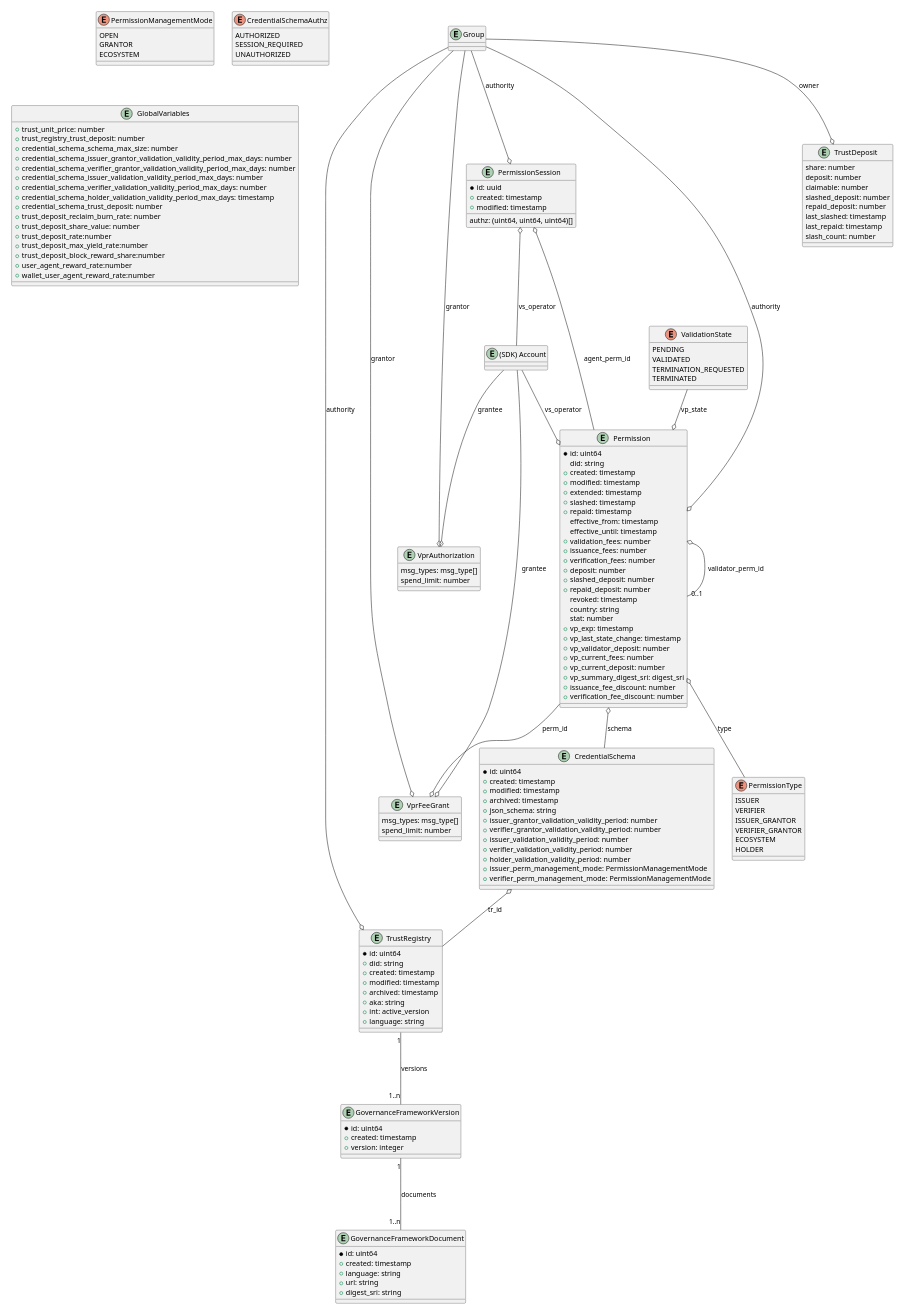
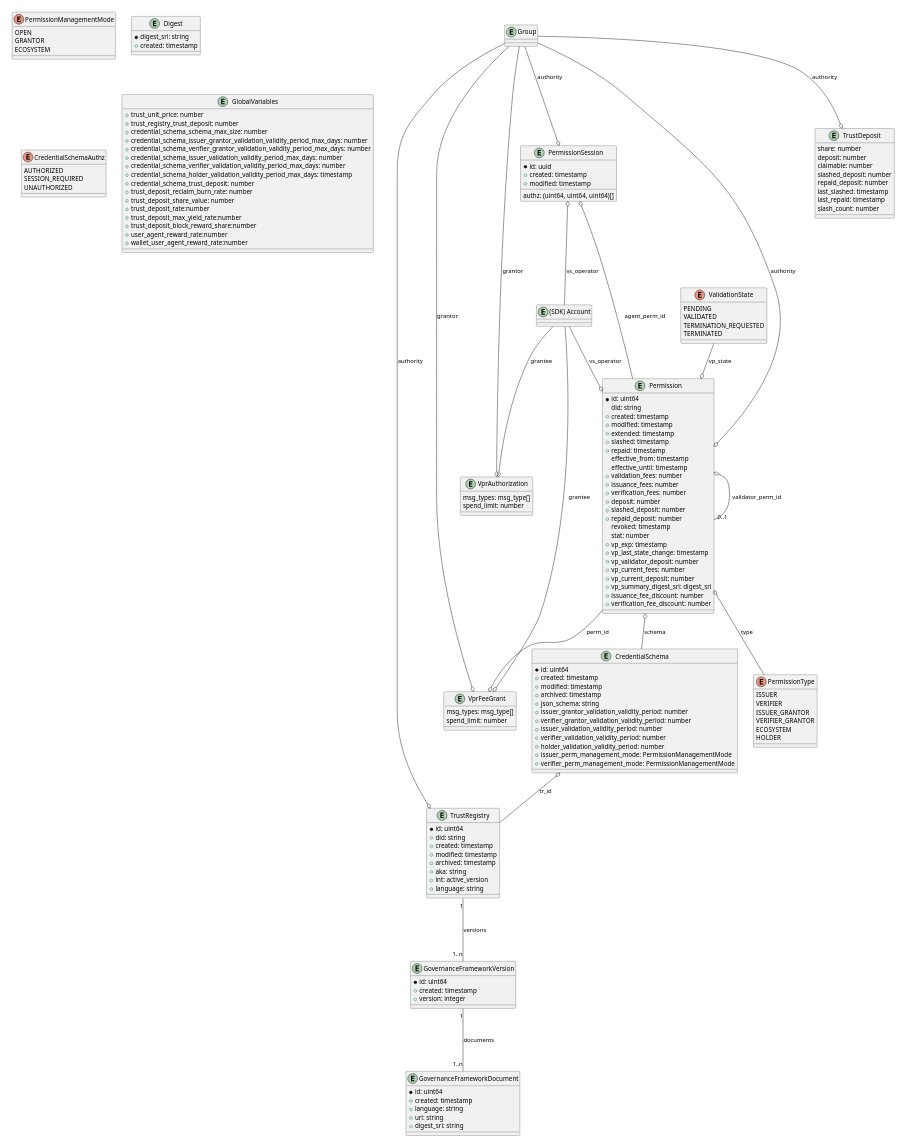
One commit to verana-labs/verifiable-trust-vpr-spec changed diagram 12 of 20 in spec.md. Above: the diagram before and after it, drawn with PlantUML. The commit also changed other lines of this file and 1 other file, not shown here.

```diff
--- a/spec.md
+++ b/spec.md
@@ -1015,7 +1012,6 @@
   +slashed_deposit: number
   +repaid_deposit: number
   revoked: timestamp
-  country: string
   stat: number
   +vp_exp: timestamp
   +vp_last_state_change: timestamp
@@ -1039,6 +1035,11 @@
   +created: timestamp
   +modified: timestamp
   authz: (uint64, uint64, uint64)[]
+}
+
+entity "Digest" as digest {
+  *digest_sri: string
+  +created: timestamp
 }
 
 enum "PermissionType" as cspt {
@@ -1112,7 +1113,7 @@
 csps o-- csp: agent_perm_id
 
 valstate --o csp: vp_state
-group  --o td: owner
+group  --o td: authority
 
 @enduml
 
```
